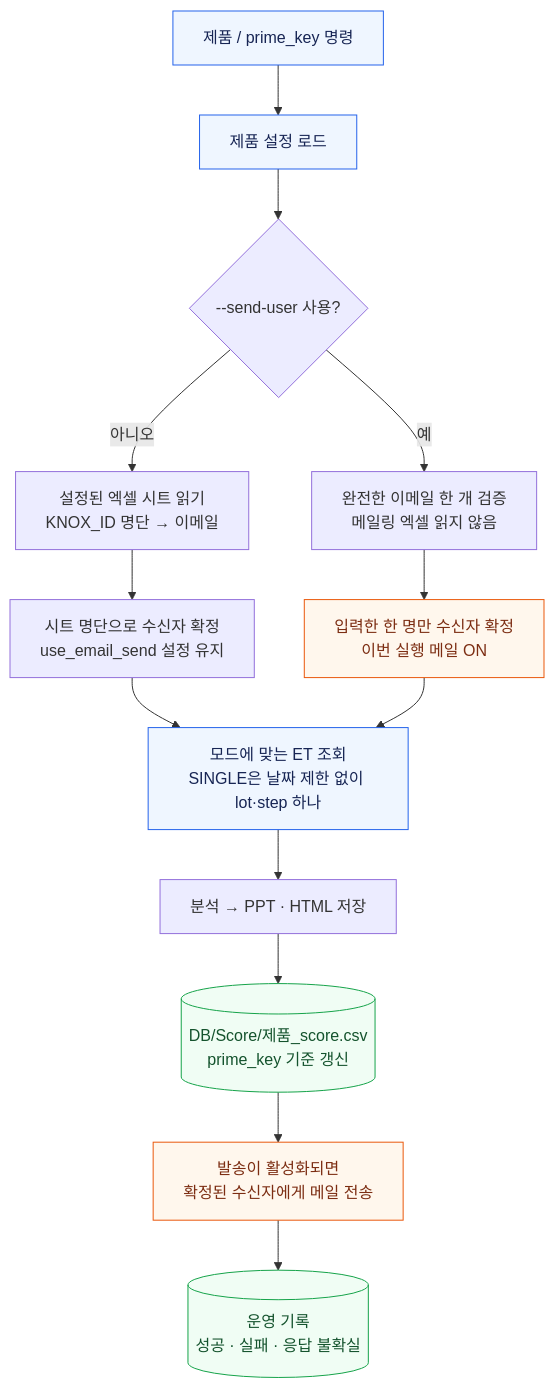
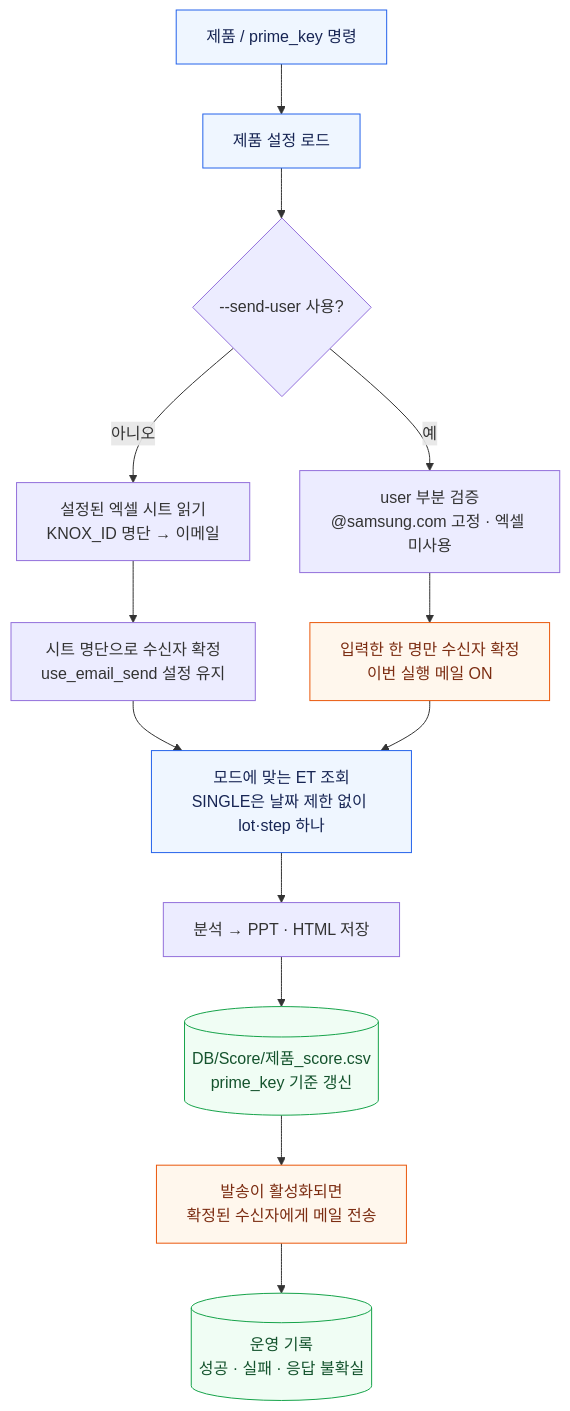
One commit to goood2280/Auto_report changed the third of 3 diagrams in README.md. Above: the diagram before and after it, drawn with Mermaid. The commit also changed other lines of this file and 6 other files, not shown here.

````diff
--- a/README.md
+++ b/README.md
@@ -411,21 +448,21 @@
 ```mermaid
 flowchart TD
     CMD["제품 / prime_key 명령"] --> CFG["제품 설정 로드"]
     CFG --> ROUTE{"--send-user 사용?"}
     ROUTE -->|"아니오"| SHEET["설정된 엑셀 시트 읽기<br/>KNOX_ID 명단 → 이메일"]
-    ROUTE -->|"예"| USER["완전한 이메일 한 개 검증<br/>메일링 엑셀 읽지 않음"]
+    ROUTE -->|"예"| USER["user 부분 검증<br/>@samsung.com 고정 · 엑셀 미사용"]
     SHEET --> DEFAULT["시트 명단으로 수신자 확정<br/>use_email_send 설정 유지"]
     USER --> ONE["입력한 한 명만 수신자 확정<br/>이번 실행 메일 ON"]
     DEFAULT --> SCOPE["모드에 맞는 ET 조회<br/>SINGLE은 날짜 제한 없이 lot·step 하나"]
     ONE --> SCOPE
     SCOPE --> REPORT["분석 → PPT · HTML 저장"]
     REPORT --> SCORE[("DB/Score/제품_score.csv<br/>prime_key 기준 갱신")]
     SCORE --> MAIL["발송이 활성화되면<br/>확정된 수신자에게 메일 전송"]
     MAIL --> OPS[("운영 기록<br/>성공 · 실패 · 응답 불확실")]
     classDef command fill:#eff6ff,stroke:#2563eb,color:#172554;
     classDef store fill:#f0fdf4,stroke:#16a34a,color:#14532d;
     classDef send fill:#fff7ed,stroke:#ea580c,color:#7c2d12;
     class CMD,CFG,SCOPE command;
     class SCORE,OPS store;
     class ONE,MAIL send;
 ```
````
